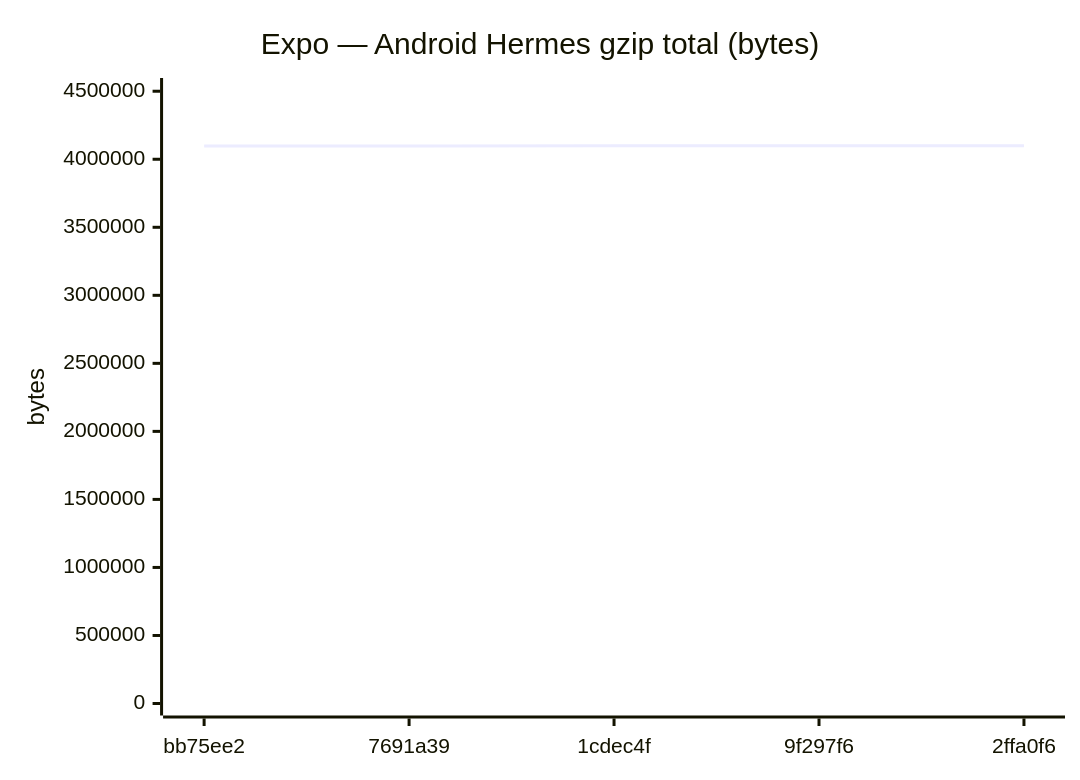
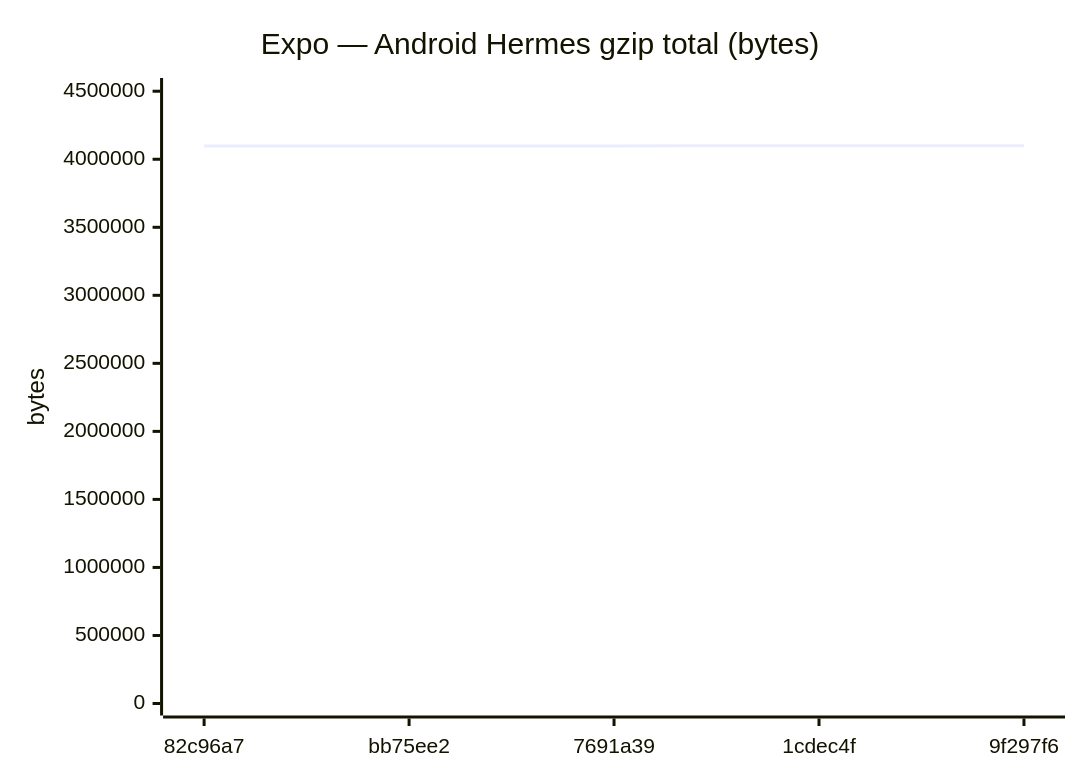
One commit to Metaheurist/Rianell changed diagram 11 of 18 in benchmarks/compare.md. Above: the diagram before and after it, drawn with Mermaid. The commit also changed other lines of this file and 11 other files, not shown here.

````diff
--- a/benchmarks/compare.md
+++ b/benchmarks/compare.md
@@ -172,7 +172,7 @@
 ```mermaid
 xychart-beta
     title "Expo — Android Hermes gzip total (bytes)"
-    x-axis ["bb75ee2", "7691a39", "1cdec4f", "9f297f6", "2ffa0f6"]
-    y-axis "bytes" 0 --> 4509037
-    line [4098255, 4098083, 4099120, 4099121, 4099124]
+    x-axis ["82c96a7", "bb75ee2", "7691a39", "1cdec4f", "9f297f6"]
+    y-axis "bytes" 0 --> 4509034
+    line [4098085, 4098255, 4098083, 4099120, 4099121]
 ```
````
